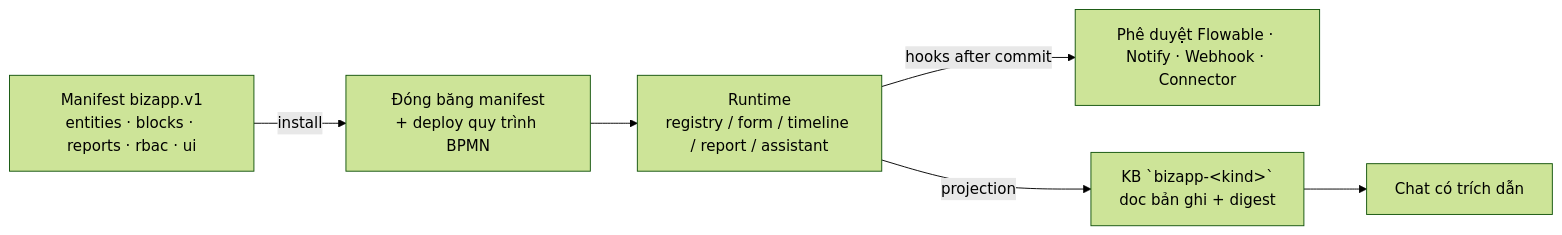
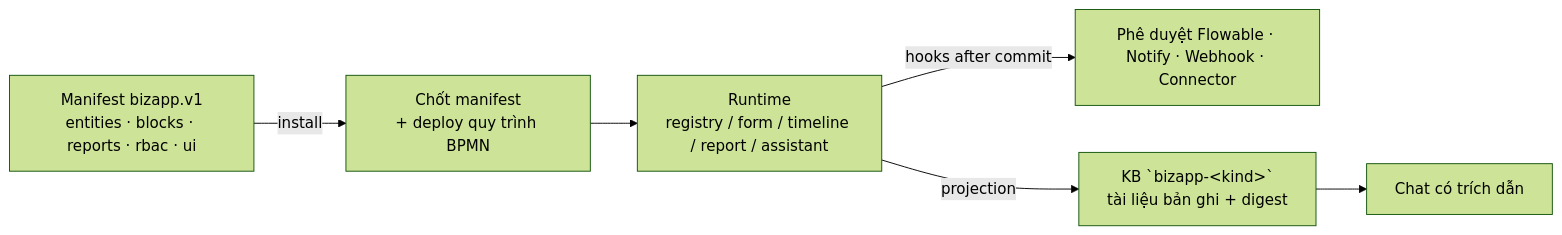
One commit to OpenVie/OpenVie changed the first of 2 diagrams in docs/BIZAPPS.md. Above: the diagram before and after it, drawn with Mermaid (forest theme). The commit also changed other lines of this file and 16 other files, not shown here.

````diff
--- a/docs/BIZAPPS.md
+++ b/docs/BIZAPPS.md
@@ -20,8 +20,8 @@
 ```mermaid
 flowchart LR
-    M[Manifest bizapp.v1<br/>entities · blocks · reports · rbac · ui] -->|install| I[Đóng băng manifest<br/>+ deploy quy trình BPMN]
+    M[Manifest bizapp.v1<br/>entities · blocks · reports · rbac · ui] -->|install| I[Chốt manifest<br/>+ deploy quy trình BPMN]
     I --> R[Runtime<br/>registry / form / timeline / report / assistant]
     R -->|hooks after commit| H[Phê duyệt Flowable · Notify · Webhook · Connector]
-    R -->|projection| K[KB `bizapp-&lt;kind&gt;`<br/>doc bản ghi + digest]
+    R -->|projection| K[KB `bizapp-&lt;kind&gt;`<br/>tài liệu bản ghi + digest]
     K --> C[Chat có trích dẫn]
 ```
````
